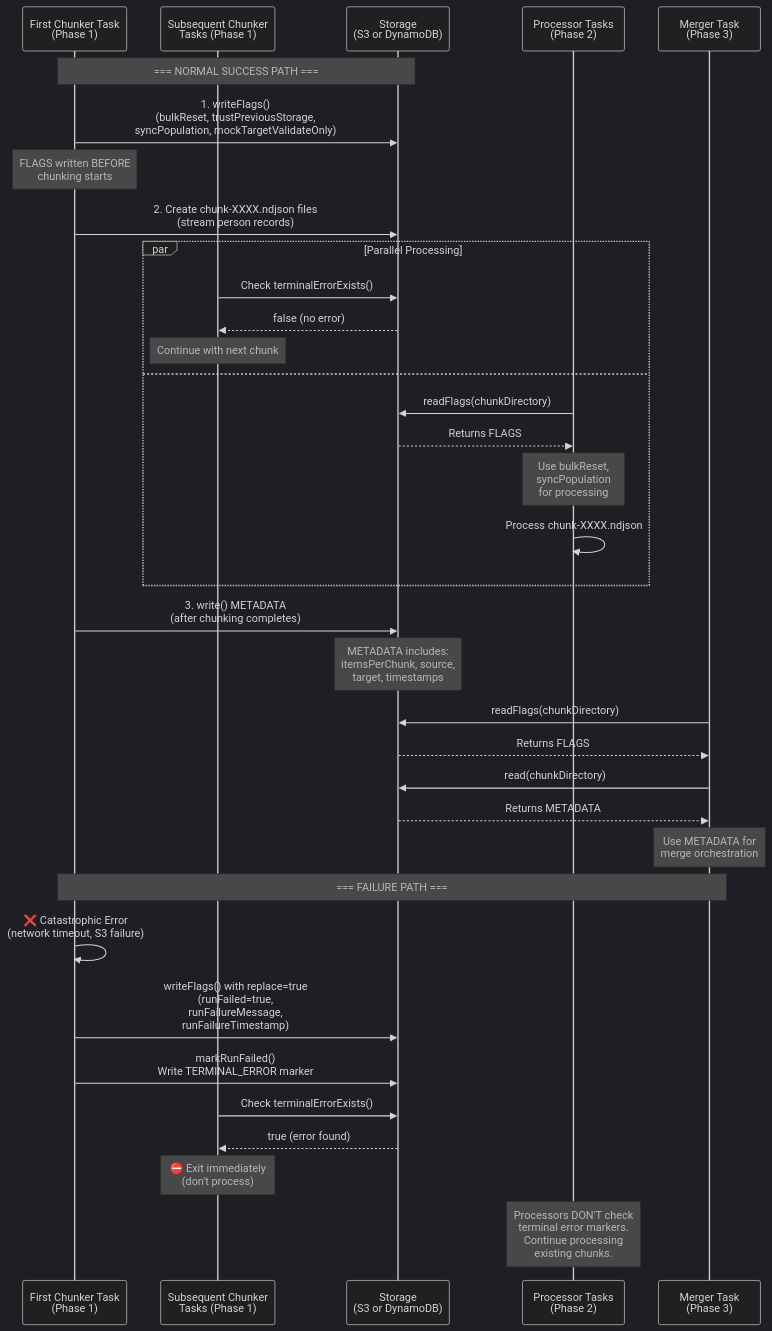
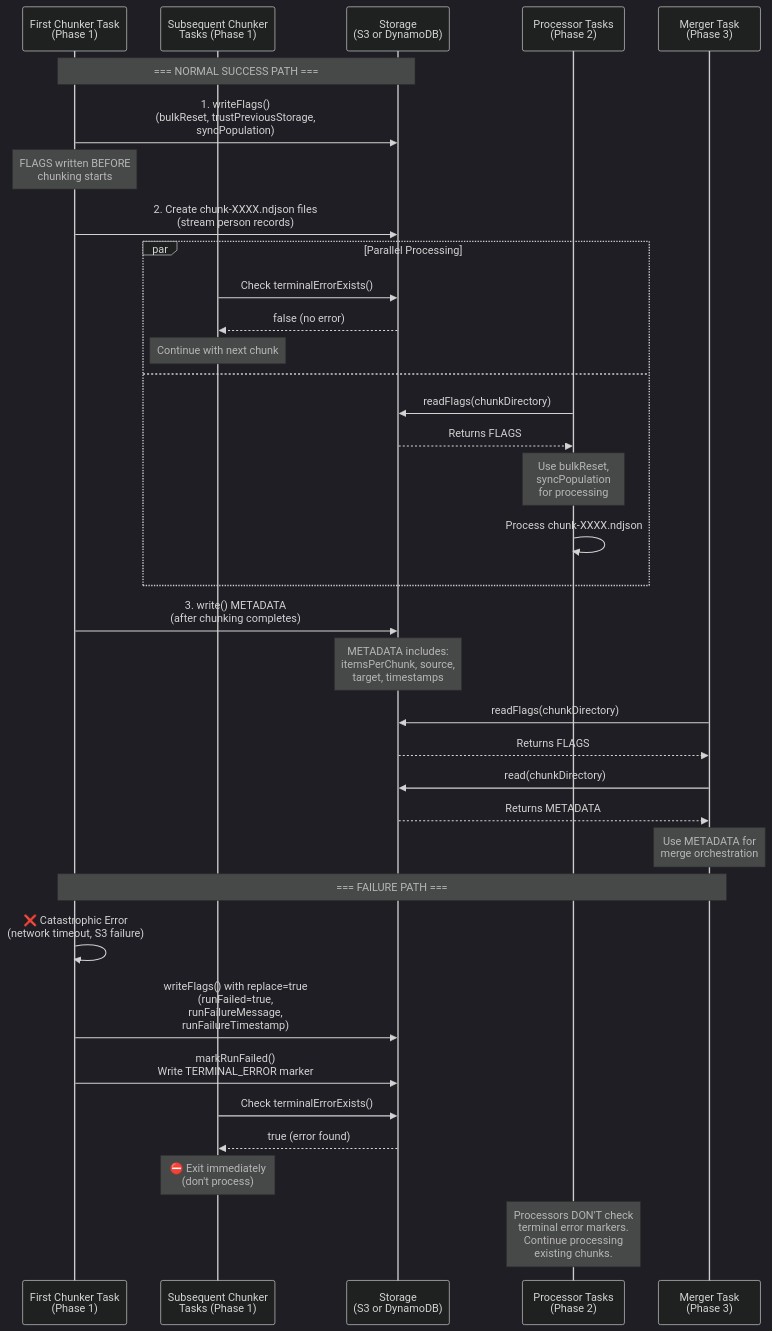
The diagram in src/chunking/metadata/README.md (whennemuth/integration-huron-person-fargate), drawn with Mermaid (dark theme) before and after one commit. The commit also changed other lines of this file and 47 other files, not shown here.

````diff
--- a/src/chunking/metadata/README.md
+++ b/src/chunking/metadata/README.md
@@ -26,47 +26,47 @@
 ```mermaid
 sequenceDiagram
     participant C1 as First Chunker Task<br/>(Phase 1)
     participant CN as Subsequent Chunker<br/>Tasks (Phase 1)
     participant S as Storage<br/>(S3 or DynamoDB)
     participant P as Processor Tasks<br/>(Phase 2)
     participant M as Merger Task<br/>(Phase 3)
 
     Note over C1,S: === NORMAL SUCCESS PATH ===
     
-    C1->>S: 1. writeFlags()<br/>(bulkReset, trustPreviousStorage,<br/>syncPopulation, mockTargetValidateOnly)
+    C1->>S: 1. writeFlags()<br/>(bulkReset, trustPreviousStorage,<br/>syncPopulation)
     Note over C1: FLAGS written BEFORE<br/>chunking starts
     
     C1->>S: 2. Create chunk-XXXX.ndjson files<br/>(stream person records)
     
     par Parallel Processing
         CN->>S: Check terminalErrorExists()
         S-->>CN: false (no error)
         Note over CN: Continue with next chunk
     and
         P->>S: readFlags(chunkDirectory)
         S-->>P: Returns FLAGS
         Note over P: Use bulkReset,<br/>syncPopulation<br/>for processing
         P->>P: Process chunk-XXXX.ndjson
     end
     
     C1->>S: 3. write() METADATA<br/>(after chunking completes)
     Note over S: METADATA includes:<br/>itemsPerChunk, source,<br/>target, timestamps
 
     M->>S: readFlags(chunkDirectory)
     S-->>M: Returns FLAGS
     M->>S: read(chunkDirectory)
     S-->>M: Returns METADATA
     Note over M: Use METADATA for<br/>merge orchestration
 
     Note over C1,M: === FAILURE PATH ===
     
     C1->>C1: ❌ Catastrophic Error<br/>(network timeout, S3 failure)
     C1->>S: writeFlags() with replace=true<br/>(runFailed=true,<br/>runFailureMessage,<br/>runFailureTimestamp)
     C1->>S: markRunFailed()<br/>Write TERMINAL_ERROR marker
     
     CN->>S: Check terminalErrorExists()
     S-->>CN: true (error found)
     Note over CN: ⛔ Exit immediately<br/>(don't process)
     
     Note over P: Processors DON'T check<br/>terminal error markers.<br/>Continue processing<br/>existing chunks.
 ```
````
